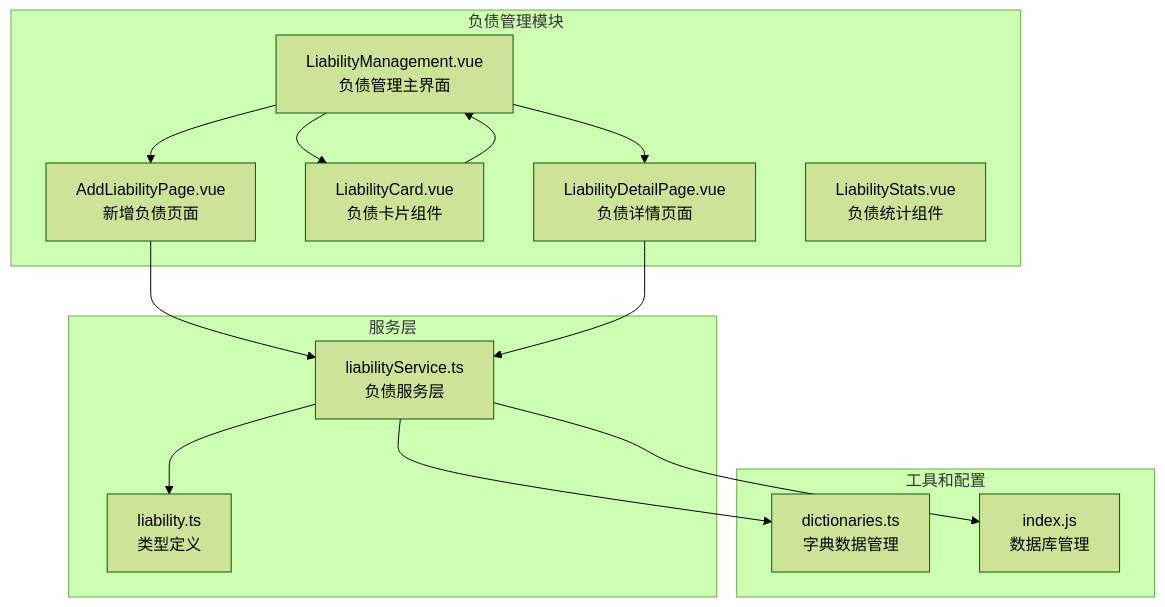
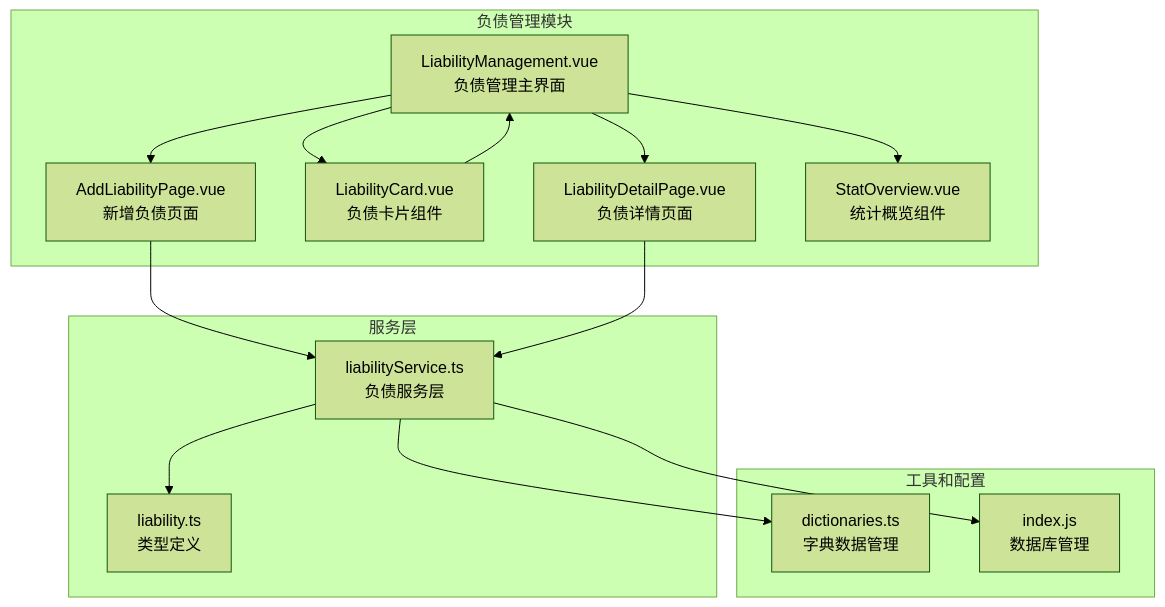
The first of 9 diagrams in .qoder/repowiki/zh/content/负债管理.md (xiao-lin-unit/yuan), drawn with Mermaid (forest theme) before and after one commit. The commit also changed other lines of this file and 14 other files, not shown here.

````diff
--- a/.qoder/repowiki/zh/content/负债管理.md
+++ b/.qoder/repowiki/zh/content/负债管理.md
@@ -50,27 +49,28 @@
 ```mermaid
 graph TB
 subgraph "负债管理模块"
 LM[LiabilityManagement.vue<br/>负债管理主界面]
 ALP[AddLiabilityPage.vue<br/>新增负债页面]
 LCD[LiabilityCard.vue<br/>负债卡片组件]
 LDP[LiabilityDetailPage.vue<br/>负债详情页面]
-LS[LiabilityStats.vue<br/>负债统计组件]
+SO[StatOverview.vue<br/>统计概览组件]
 end
 subgraph "服务层"
 LService[liabilityService.ts<br/>负债服务层]
 LType[liability.ts<br/>类型定义]
 end
 subgraph "工具和配置"
 Dict[dictionaries.ts<br/>字典数据管理]
 DB[index.js<br/>数据库管理]
 end
 LM --> ALP
 LM --> LCD
 LM --> LDP
+LM --> SO
 ALP --> LService
 LDP --> LService
 LCD --> LM
 LService --> LType
 LService --> Dict
 LService --> DB
 ```
````
